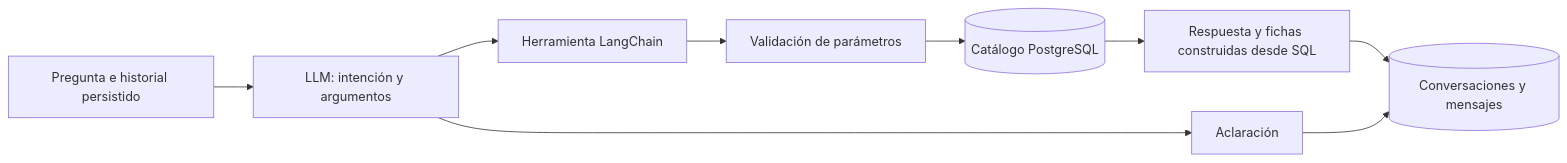
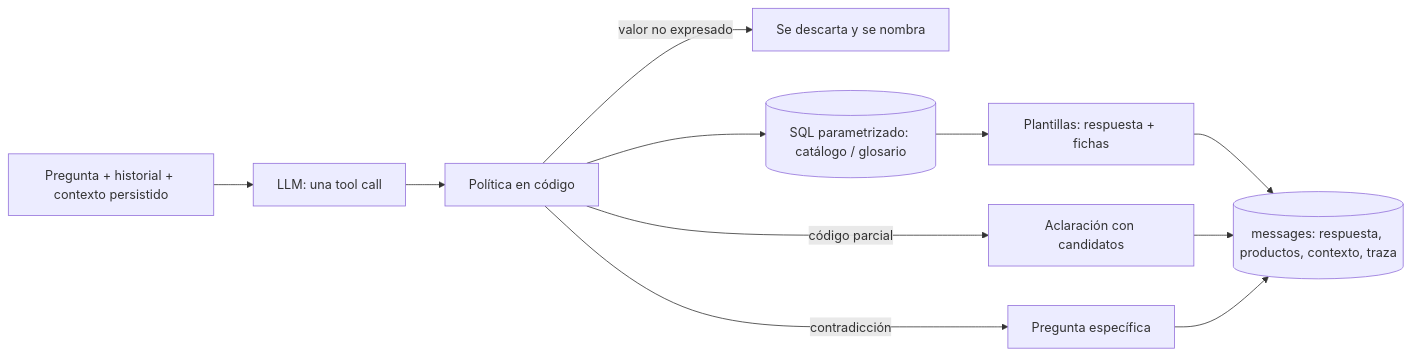
One commit to SamuelCharry/serie76-assistant changed the first of 2 diagrams in docs/ARQUITECTURA.md. Above: the diagram before and after it, drawn with Mermaid. The commit also changed other lines of this file and 9 other files, not shown here.

First line of the commit message:
docs: record architecture decision A+ and regenerate ER from live schema

````diff
--- a/docs/ARQUITECTURA.md
+++ b/docs/ARQUITECTURA.md
@@ -108,11 +9,13 @@
 ```mermaid
 flowchart LR
-    Q[Pregunta e historial persistido] --> L[LLM: intención y argumentos]
-    L --> T[Herramienta LangChain]
-    T --> V[Validación de parámetros]
-    V --> SQL[(Catálogo PostgreSQL)]
-    SQL --> R[Respuesta y fichas construidas desde SQL]
-    L --> C[Aclaración]
-    R --> H[(Conversaciones y mensajes)]
-    C --> H
+    Q[Pregunta + historial + contexto persistido] --> L[LLM: una tool call]
+    L --> P[Política en código]
+    P -->|código parcial| C1[Aclaración con candidatos]
+    P -->|valor no expresado| C2[Se descarta y se nombra]
+    P -->|contradicción| C3[Pregunta específica]
+    P --> S[(SQL parametrizado: catálogo / glosario)]
+    S --> R[Plantillas: respuesta + fichas]
+    R --> H[(messages: respuesta, productos, contexto, traza)]
+    C1 --> H
+    C3 --> H
 ```
````
